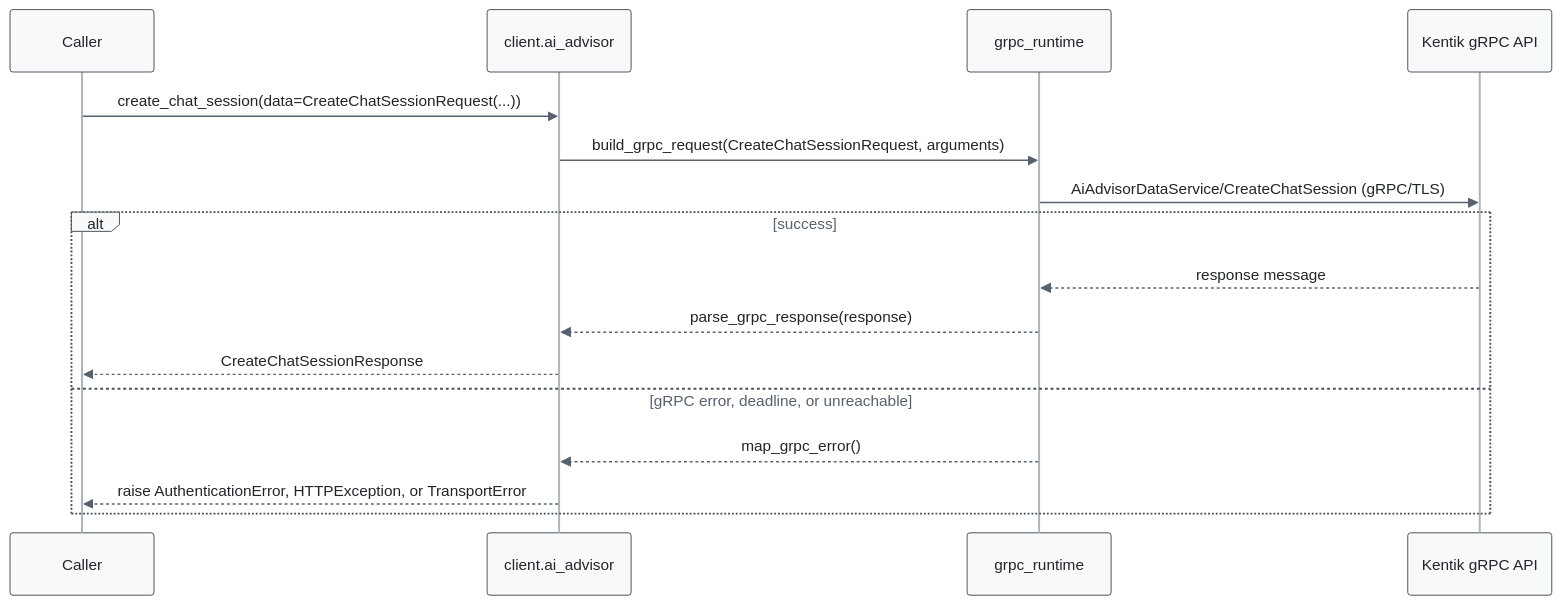
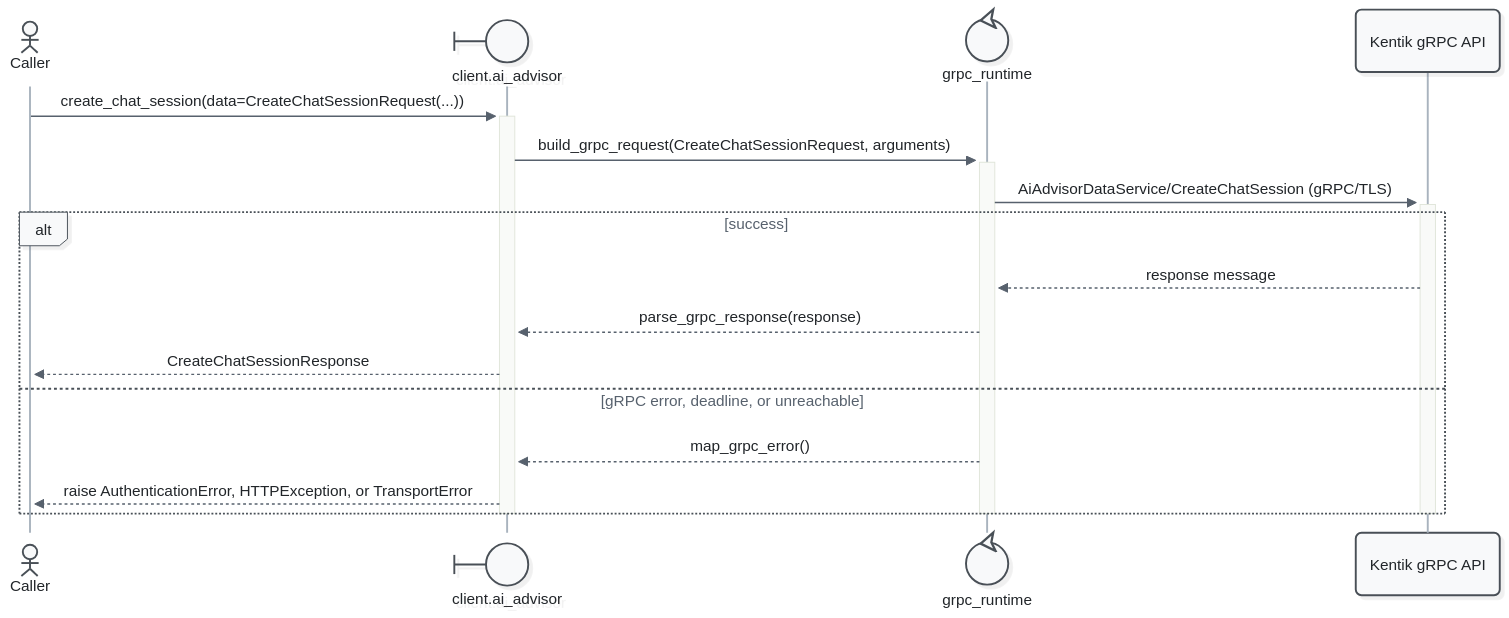
One commit to alexdearaujo/community_sdk_python changed the second of 7 diagrams in docs/sphinx/services/ai_advisor.md. Above: the diagram before and after it, drawn with Mermaid. The commit also changed other lines of this file and 52 other files, not shown here.

First line of the commit message:
docs: Mermaid 12 sequence diagrams with participant types and path colors

````diff
--- a/docs/sphinx/services/ai_advisor.md
+++ b/docs/sphinx/services/ai_advisor.md
@@ -55,20 +57,23 @@
 ```mermaid
-%%{init: {"theme": "base", "fontFamily": "ui-monospace, SFMono-Regular, Menlo, monospace", "themeVariables": {"fontFamily": "ui-monospace, SFMono-Regular, Menlo, monospace", "primaryColor": "#f8f9fa", "primaryBorderColor": "#495057", "primaryTextColor": "#212529", "textColor": "#212529", "lineColor": "#77818c", "edgeLabelBackground": "#ffffff", "actorBkg": "#f8f9fa", "actorBorder": "#495057", "actorTextColor": "#212529", "actorLineColor": "#a9b3be", "signalColor": "#57616d", "signalTextColor": "#212529", "labelBoxBkgColor": "#f8f9fa", "labelBoxBorderColor": "#495057", "labelTextColor": "#212529", "loopTextColor": "#57616d", "noteBkgColor": "#fff9db", "noteBorderColor": "#f08c00", "noteTextColor": "#a35a00"}, "flowchart": {"curve": "step", "nodeSpacing": 30, "rankSpacing": 70, "wrappingWidth": 400}}}%%
+%%{init: {"theme": "redux", "look": "neo", "layout": "dagre", "fontFamily": "ui-monospace, SFMono-Regular, Menlo, monospace", "themeVariables": {"fontFamily": "ui-monospace, SFMono-Regular, Menlo, monospace", "primaryColor": "#f8f9fa", "primaryBorderColor": "#495057", "primaryTextColor": "#212529", "textColor": "#212529", "lineColor": "#77818c", "edgeLabelBackground": "#ffffff", "actorBkg": "#f8f9fa", "actorBorder": "#495057", "actorTextColor": "#212529", "actorLineColor": "#a9b3be", "signalColor": "#57616d", "signalTextColor": "#212529", "labelBoxBkgColor": "#f8f9fa", "labelBoxBorderColor": "#495057", "labelTextColor": "#212529", "loopTextColor": "#57616d", "noteBkgColor": "#fff9db", "noteBorderColor": "#f08c00", "noteTextColor": "#a35a00"}, "sequence": {"activationWidth": 16}, "flowchart": {"curve": "step", "nodeSpacing": 30, "rankSpacing": 70, "wrappingWidth": 400}}}%%
 sequenceDiagram
-    participant C as Caller
-    participant W as client.ai_advisor
-    participant R as grpc_runtime
+    actor C as Caller
+    participant W@{ "type": "boundary" } as client.ai_advisor
+    participant R@{ "type": "control" } as grpc_runtime
     participant API as Kentik gRPC API
 
-    C->>W: create_chat_session(data=CreateChatSessionRequest(...))
-    W->>R: build_grpc_request(CreateChatSessionRequest, arguments)
-    R->>API: AiAdvisorDataService/CreateChatSession (gRPC/TLS)
+    C->>+W: create_chat_session(data=CreateChatSessionRequest(...))
+    W->>+R: build_grpc_request(CreateChatSessionRequest, arguments)
+    R->>+API: AiAdvisorDataService/CreateChatSession (gRPC/TLS)
     alt success
         API-->>R: response message
         R-->>W: parse_grpc_response(response)
         W-->>C: CreateChatSessionResponse
     else gRPC error, deadline, or unreachable
         R-->>W: map_grpc_error()
         W-->>C: raise AuthenticationError, HTTPException, or TransportError
     end
+    deactivate API
+    deactivate R
+    deactivate W
 ```
````
